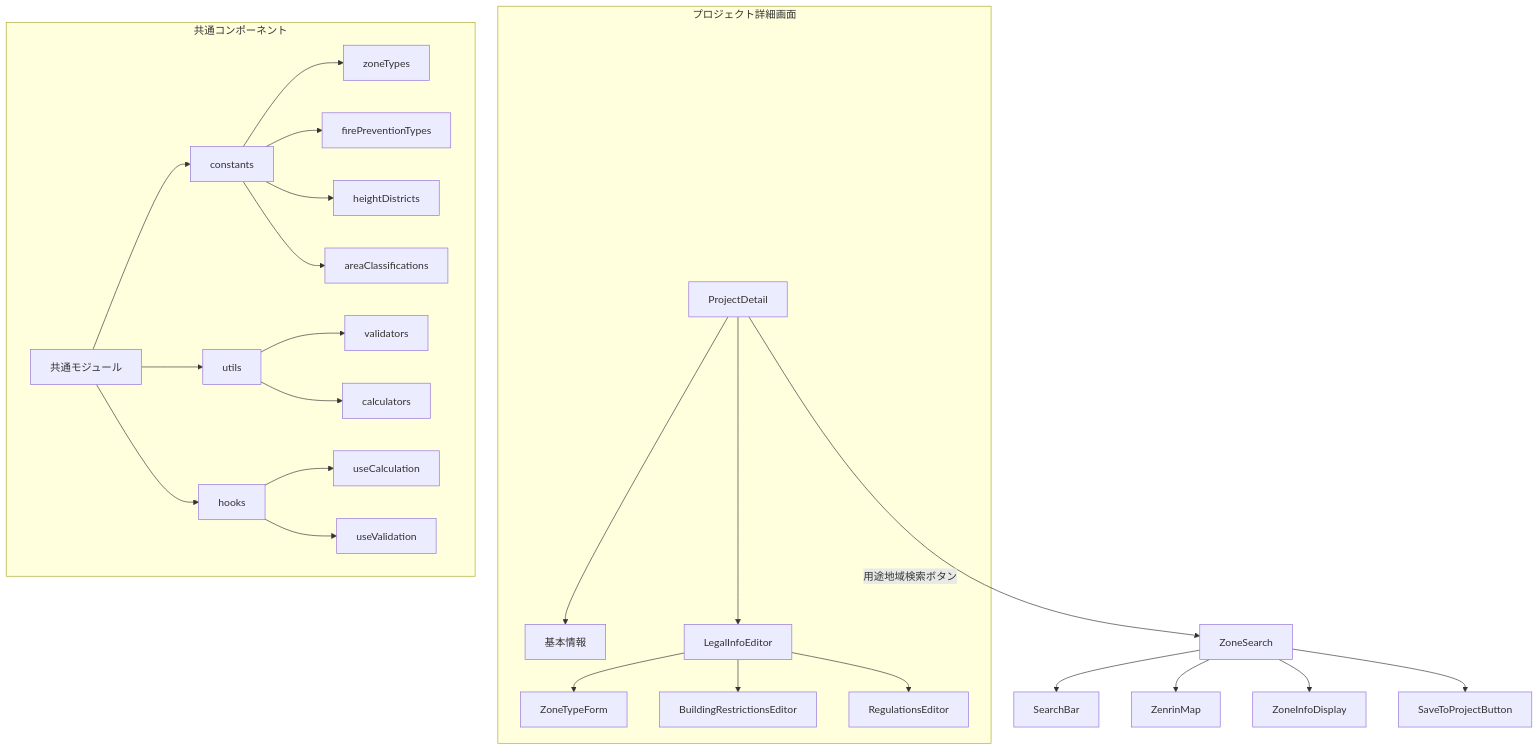
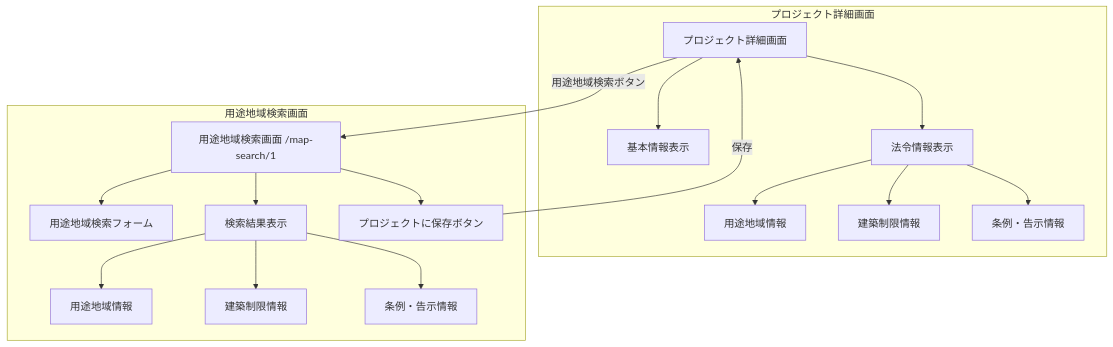
Before and after one commit to kamekamek/legal_api: diagram 11 of 15 in docs/development-schema.md, drawn with Mermaid. The commit also changed other lines of this file and 4 other files, not shown here.

First line of the commit message:
docs: Update development schema with refined component and workflow diagrams

````diff
--- a/docs/development-schema.md
+++ b/docs/development-schema.md
@@ -397,32 +397,23 @@
 ```mermaid
 graph TD
-    A[ProjectDetail] -->|用途地域検索ボタン| B[ZoneSearch]
-    B --> C[SearchBar]
-    B --> D[ZenrinMap]
-    B --> E[ZoneInfoDisplay]
-    B --> F[SaveToProjectButton]
+    A[プロジェクト詳細画面] -->|用途地域検索ボタン| B[用途地域検索画面 /map-search/1]
     
     subgraph "プロジェクト詳細画面"
-        A --> G[基本情報]
-        A --> H[LegalInfoEditor]
-        H --> I[ZoneTypeForm]
-        H --> J[BuildingRestrictionsEditor]
-        H --> K[RegulationsEditor]
+        A --> C[基本情報表示]
+        A --> D[法令情報表示]
+        D --> D1[用途地域情報]
+        D --> D2[建築制限情報]
+        D --> D3[条例・告示情報]
     end
     
-    subgraph "共通コンポーネント"
-        L[共通モジュール] --> M[constants]
-        M --> M1[zoneTypes]
-        M --> M2[firePreventionTypes]
-        M --> M3[heightDistricts]
-        M --> M4[areaClassifications]
-        
-        L --> N[utils]
-        N --> N1[validators]
-        N --> N2[calculators]
-        
-        L --> O[hooks]
-        O --> O1[useCalculation]
-        O --> O2[useValidation]
+    subgraph "用途地域検索画面"
+        B --> E[用途地域検索フォーム]
+        B --> F[検索結果表示]
+        F --> F1[用途地域情報]
+        F --> F2[建築制限情報]
+        F --> F3[条例・告示情報]
+        B --> G[プロジェクトに保存ボタン]
     end
+
+    G -->|保存| A
 ```
````
